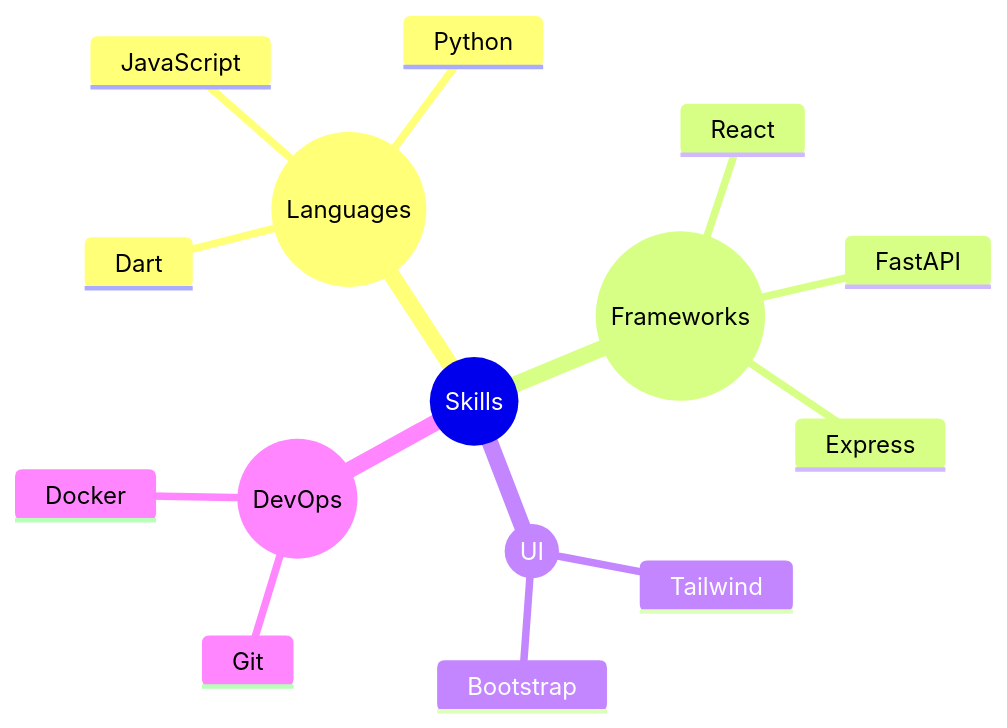
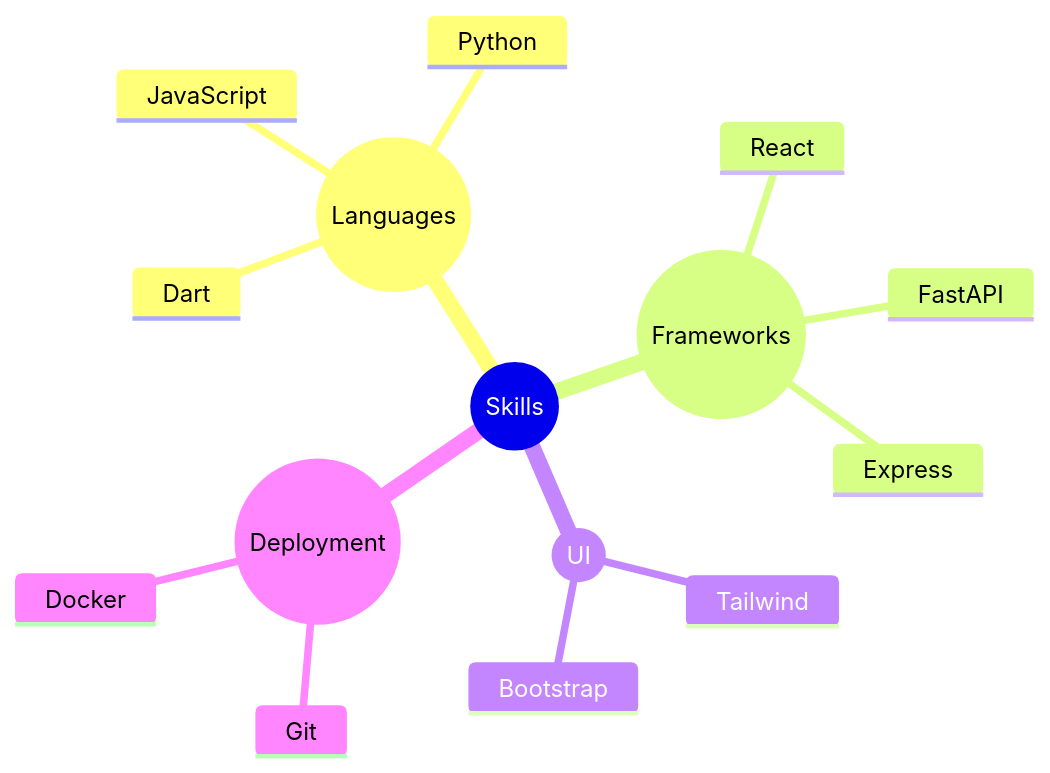
Before and after one commit to MisbahHaq/MisbahHaq: the diagram in README.md, drawn with Mermaid.

Commit message:
README.md

````diff
--- a/README.md
+++ b/README.md
@@ -14,18 +14,18 @@
 ```mermaid
 mindmap
   root((Skills))
     ((Languages))
       JavaScript
       Python
       Dart
     ((Frameworks))
       React
       FastAPI
       Express
     ((UI))
       Tailwind
       Bootstrap
-    ((DevOps))
+    ((Deployment))
       Git
       Docker
 ```
````
